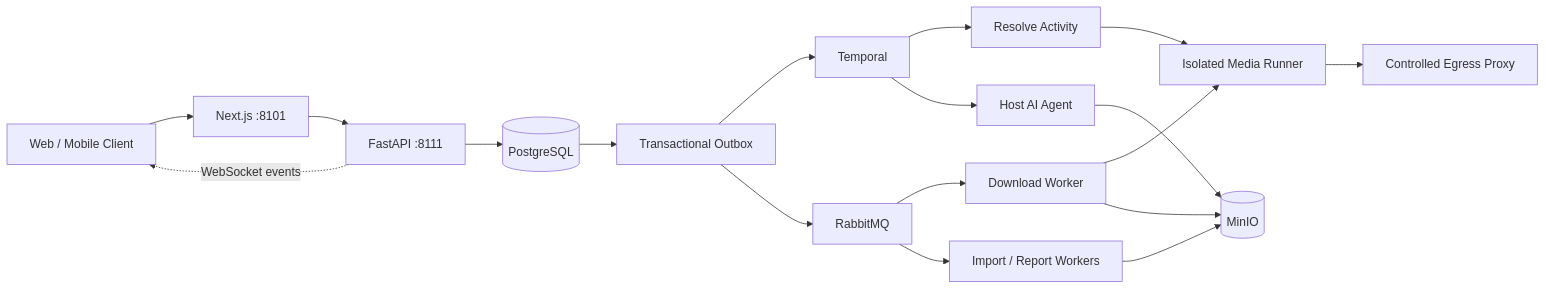
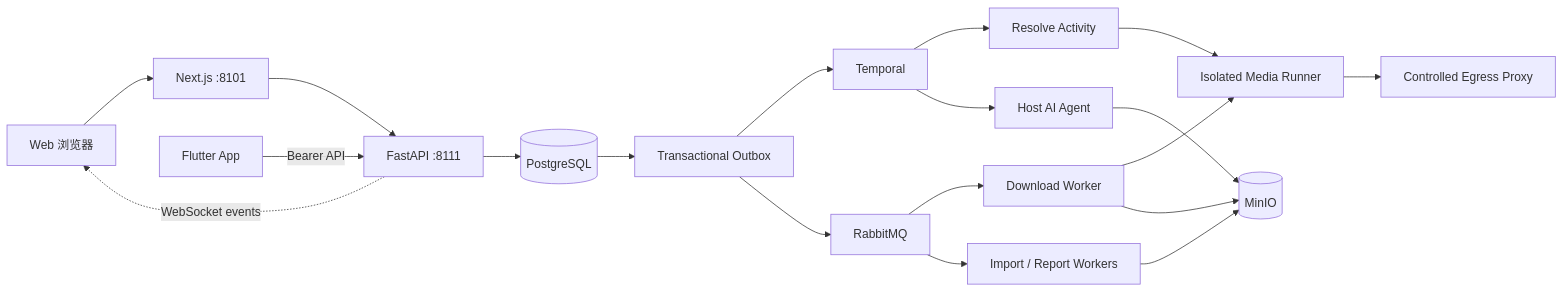
One commit to StephenQiu30/framefetch changed the diagram in README.md. Above: the diagram before and after it, drawn with Mermaid. The commit also changed other lines of this file and 7 other files, not shown here.

````diff
--- a/README.md
+++ b/README.md
@@ -260,20 +275,21 @@
 ```mermaid
 flowchart LR
-  Browser[Web / Mobile Client] --> Frontend[Next.js :8101]
+  Browser[Web 浏览器] --> Frontend[Next.js :8101]
   Frontend --> API[FastAPI :8111]
+  App[Flutter App] -->|Bearer API| API
   API --> DB[(PostgreSQL)]
   DB --> Outbox[Transactional Outbox]
   Outbox --> Temporal[Temporal]
   Temporal --> Resolve[Resolve Activity]
   Resolve --> Runner
   Outbox --> MQ[RabbitMQ]
   MQ --> Download[Download Worker]
   MQ --> Documents[Import / Report Workers]
   Download --> Runner[Isolated Media Runner]
   Runner --> Proxy[Controlled Egress Proxy]
   Download --> Storage[(MinIO)]
   Documents --> Storage
   Temporal --> HostAI[Host AI Agent]
   HostAI --> Storage
   API -. WebSocket events .-> Browser
 ```
````
